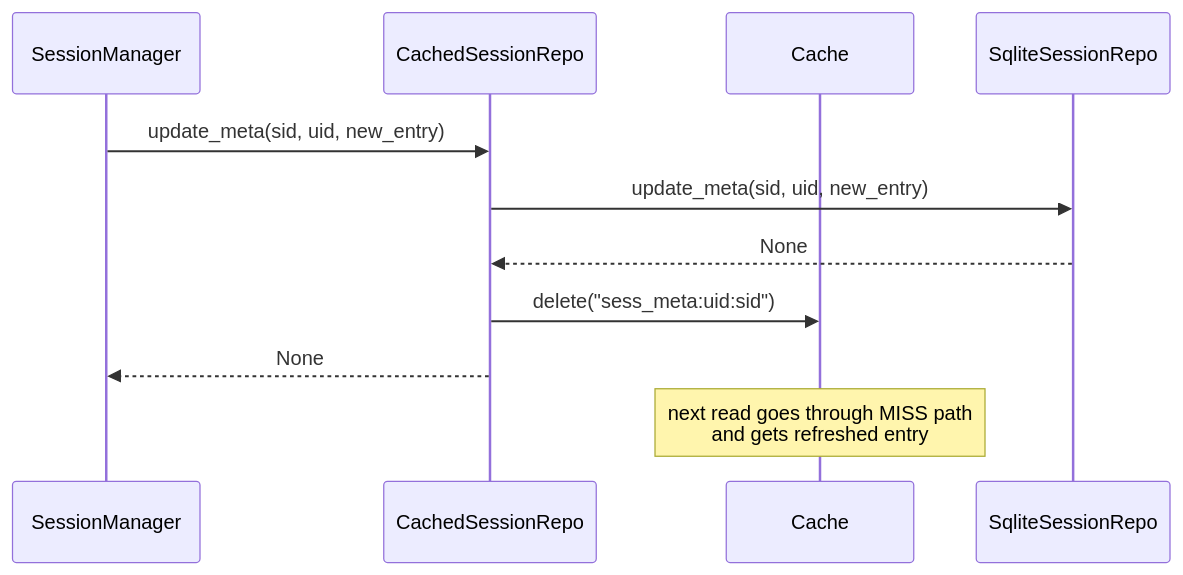
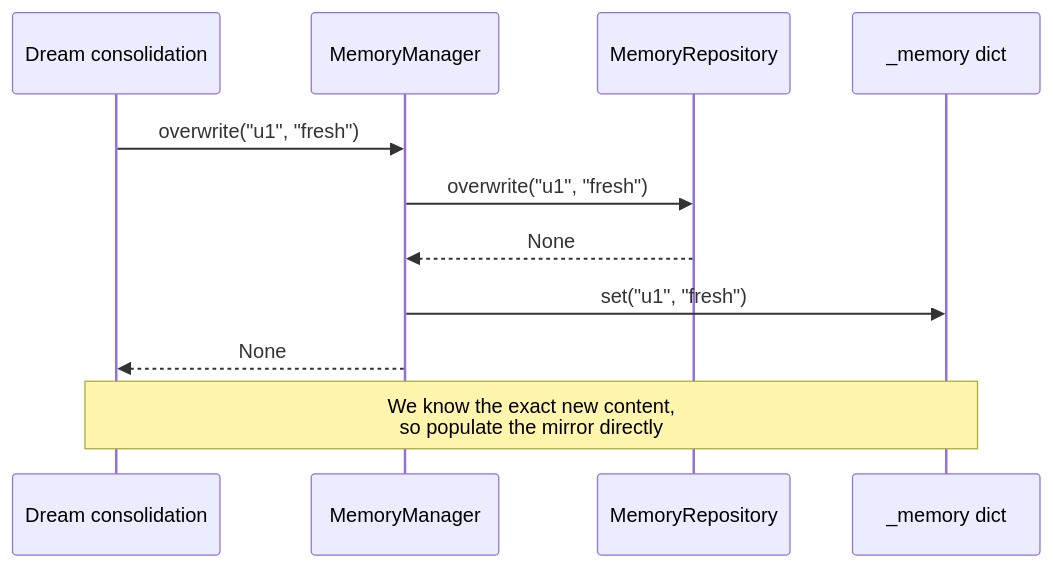
One commit to YU-JI-KUI/ark-agentic changed the tenth of 13 diagrams in docs/architecture-c4.md. Above: the diagram before and after it, drawn with Mermaid. The commit also changed other lines of this file, not shown here.

First line of the commit message:
docs: refresh C4 diagrams for cache removal + per-feature DeclarativeBase

````diff
--- a/docs/architecture-c4.md
+++ b/docs/architecture-c4.md
@@ -511,14 +430,15 @@
 ```mermaid
 sequenceDiagram
-    participant SM as SessionManager
-    participant CSR as CachedSessionRepo
-    participant Cache
-    participant Sqlite as SqliteSessionRepo
+    participant Dream as Dream consolidation
+    participant MM as MemoryManager
+    participant Repo as MemoryRepository
+    participant Mem as _memory dict
 
-    SM->>CSR: update_meta(sid, uid, new_entry)
-    CSR->>Sqlite: update_meta(sid, uid, new_entry)
-    Sqlite-->>CSR: None
-    CSR->>Cache: delete("sess_meta:uid:sid")
-    CSR-->>SM: None
-    Note over Cache: next read goes through MISS path<br/>and gets refreshed entry
+    Dream->>MM: overwrite("u1", "fresh")
+    MM->>Repo: overwrite("u1", "fresh")
+    Repo-->>MM: None
+    MM->>Mem: set("u1", "fresh")
+    MM-->>Dream: None
+
+    Note over Dream,Mem: We know the exact new content,<br/>so populate the mirror directly
 ```
````
